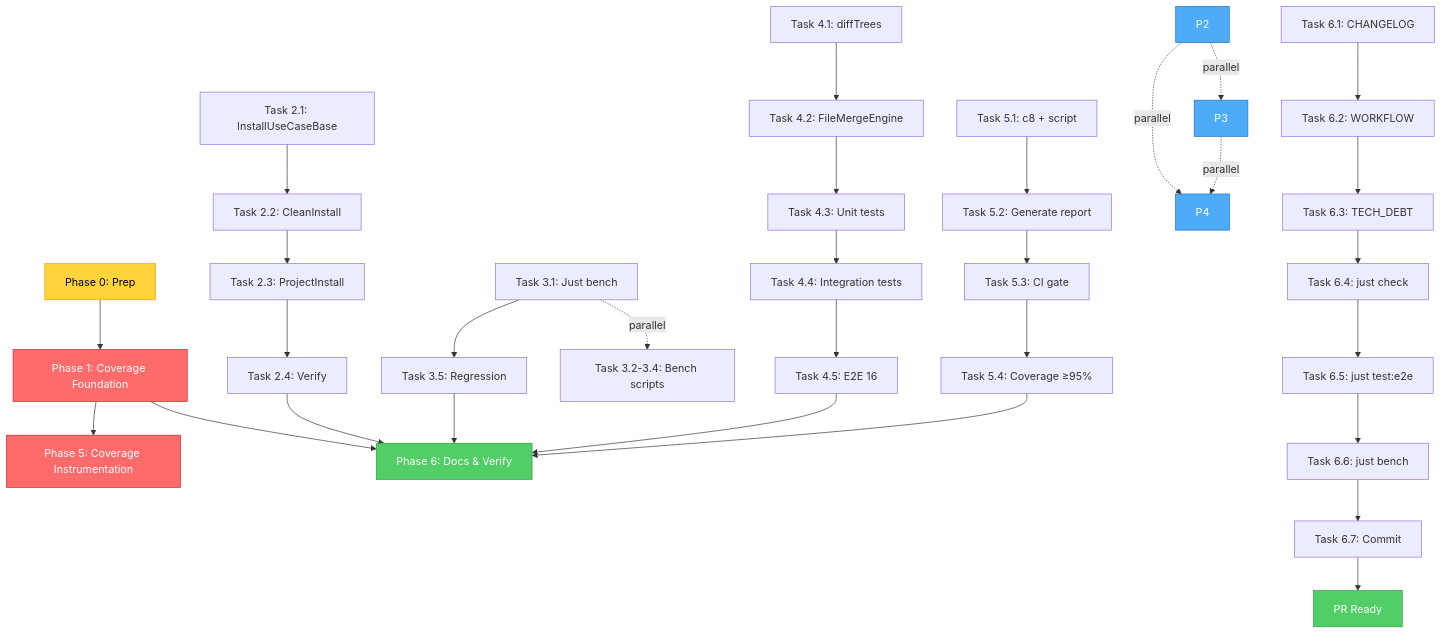
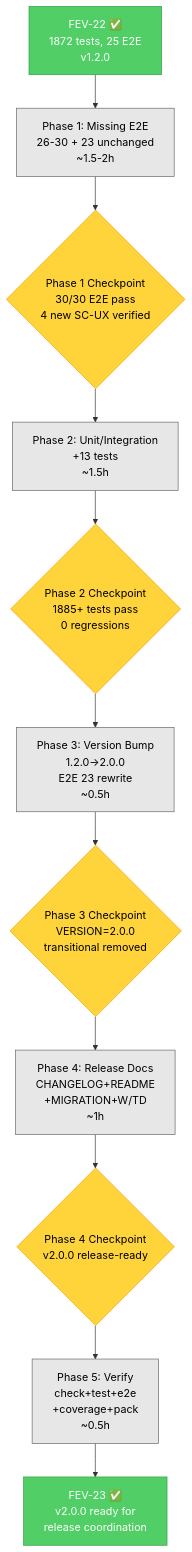
One commit to Fisherk2/codice-opencode changed the second of 2 diagrams in tasks/plan.md. Above: the diagram before and after it, drawn with Mermaid. The commit also changed other lines of this file and 934 other files, not shown here.

````diff
--- a/tasks/plan.md
+++ b/tasks/plan.md
@@ -1487,48 +1717,18 @@
 ```mermaid
 graph TD
-    P0[Phase 0: Prep] --> P1[Phase 1: Coverage Foundation]
-    P1 --> P5[Phase 5: Coverage Instrumentation]
-    P1 --> P6[Phase 6: Docs & Verify]
-    
-    P2A[Task 2.1: InstallUseCaseBase] --> P2B[Task 2.2: CleanInstall]
-    P2B --> P2C[Task 2.3: ProjectInstall]
-    P2C --> P2D[Task 2.4: Verify]
-    P2D --> P6
-    
-    P3A[Task 3.1: Just bench] --> P3B[Task 3.5: Regression]
-    P3B --> P6
-    P3A -.->|parallel| P3C[Task 3.2-3.4: Bench scripts]
-    
-    P4A[Task 4.1: diffTrees] --> P4B[Task 4.2: FileMergeEngine]
-    P4B --> P4C[Task 4.3: Unit tests]
-    P4C --> P4D[Task 4.4: Integration tests]
-    P4D --> P4E[Task 4.5: E2E 16]
-    P4E --> P6
-    
-    P5A[Task 5.1: c8 + script] --> P5B[Task 5.2: Generate report]
-    P5B --> P5C[Task 5.3: CI gate]
-    P5C --> P5D[Task 5.4: Coverage ≥95%]
-    P5D --> P6
-    
-    P2 -.->|parallel| P3
-    P2 -.->|parallel| P4
-    P3 -.->|parallel| P4
-    
-    P6A[Task 6.1: CHANGELOG] --> P6B[Task 6.2: WORKFLOW]
-    P6B --> P6C[Task 6.3: TECH_DEBT]
-    P6C --> P6D[Task 6.4: just check]
-    P6D --> P6E[Task 6.5: just test:e2e]
-    P6E --> P6F[Task 6.6: just bench]
-    P6F --> P6G[Task 6.7: Commit]
-    P6G --> DONE[PR Ready]
-    
-    classDef crit fill:#ff6b6b,stroke:#c92a2a,color:#fff
-    classDef gate fill:#51cf66,stroke:#2f9e44,color:#fff
-    classDef par fill:#4dabf7,stroke:#1971c2,color:#fff
-    classDef seq fill:#ffd43b,stroke:#f59f00,color:#000
-    
-    class P1,P5 crit
-    class P6,DONE gate
-    class P2,P3,P4 par
-    class P0 seq
+    F22[FEV-22 ✅<br/>1872 tests, 25 E2E<br/>v1.2.0]:::done --> P1
+    P1[Phase 1: Missing E2E<br/>26-30 + 23 unchanged<br/>~1.5-2h]:::seq --> CP1
+    CP1{Phase 1 Checkpoint<br/>30/30 E2E pass<br/>4 new SC-UX verified}:::gate --> P2
+    P2[Phase 2: Unit/Integration<br/>+13 tests<br/>~1.5h]:::seq --> CP2
+    CP2{Phase 2 Checkpoint<br/>1885+ tests pass<br/>0 regressions}:::gate --> P3
+    P3[Phase 3: Version Bump<br/>1.2.0→2.0.0<br/>E2E 23 rewrite<br/>~0.5h]:::seq --> CP3
+    CP3{Phase 3 Checkpoint<br/>VERSION=2.0.0<br/>transitional removed}:::gate --> P4
+    P4[Phase 4: Release Docs<br/>CHANGELOG+README<br/>+MIGRATION+W/TD<br/>~1h]:::seq --> CP4
+    CP4{Phase 4 Checkpoint<br/>v2.0.0 release-ready}:::gate --> P5
+    P5[Phase 5: Verify<br/>check+test+e2e<br/>+coverage+pack<br/>~0.5h]:::seq --> DONE
+    DONE[FEV-23 ✅<br/>v2.0.0 ready for<br/>release coordination]:::done
+
+    classDef done fill:#51cf66,stroke:#2f9e44,color:#fff
+    classDef gate fill:#ffd43b,stroke:#f59f00,color:#000
+    classDef seq fill:#e7e7e7,stroke:#666,color:#000
 ```
````
